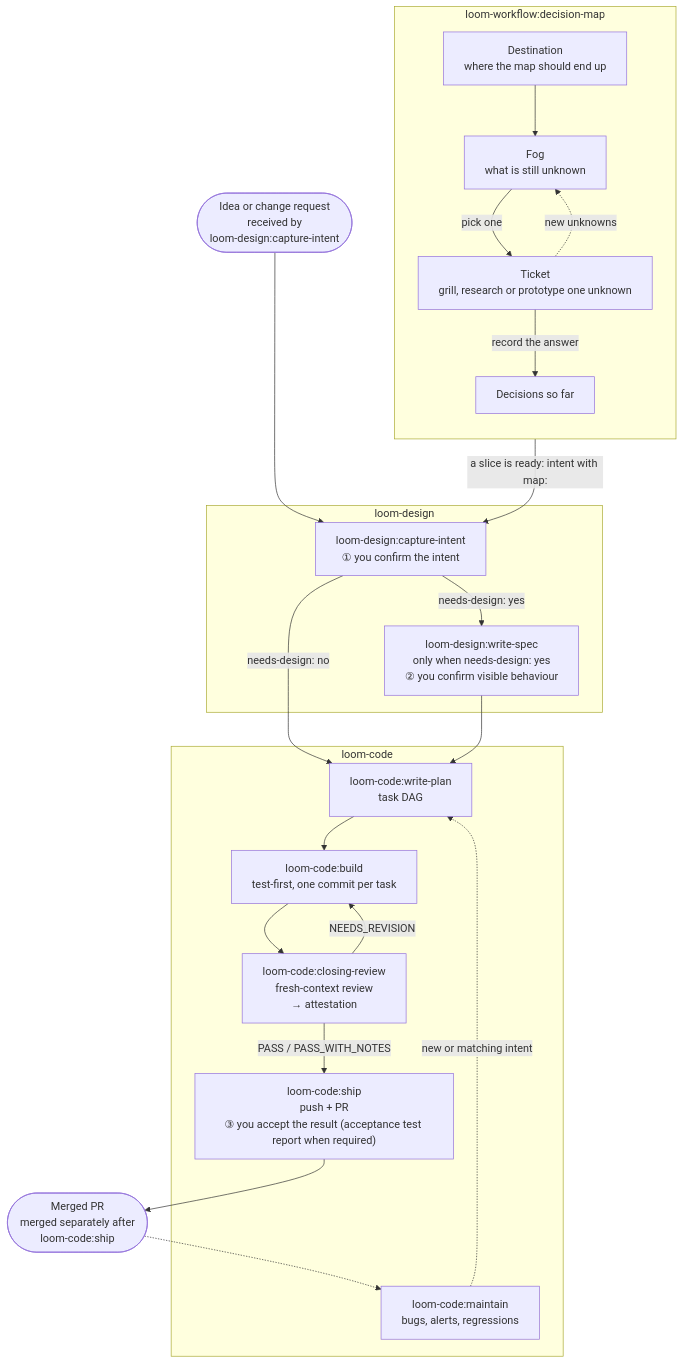
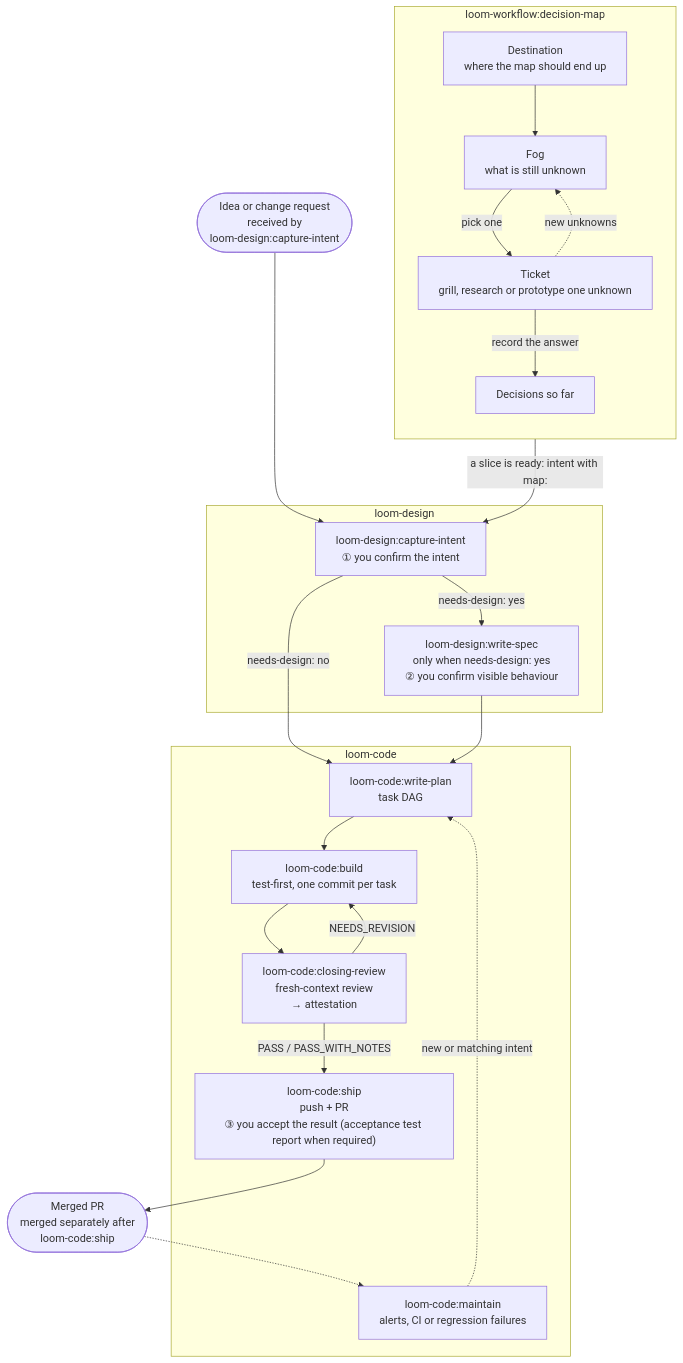
One commit to kouko/loom-plugins changed the diagram in README.md. Above: the diagram before and after it, drawn with Mermaid. The commit also changed other lines of this file and 46 other files, not shown here.

````diff
--- a/README.md
+++ b/README.md
@@ -25,46 +25,46 @@
 ```mermaid
 %%{init: {"flowchart": {"wrappingWidth": 320}}}%%
 flowchart TD
     idea(["Idea or change request<br/>received by<br/>loom-design:capture-intent"])
 
     subgraph dm["loom-workflow:decision-map"]
         direction TB
         dest["Destination<br/>where the map should end up"]
         fog["Fog<br/>what is still unknown"]
         ticket["Ticket<br/>grill, research or prototype one unknown"]
         log["Decisions so far"]
     end
 
     subgraph design["loom-design"]
         intent["loom-design:capture-intent<br/>① you confirm the intent"]
         spec["loom-design:write-spec<br/>only when needs-design: yes<br/>② you confirm visible behaviour"]
     end
 
     subgraph code["loom-code"]
         plan["loom-code:write-plan<br/>task DAG"]
         build["loom-code:build<br/>test-first, one commit per task"]
         review["loom-code:closing-review<br/>fresh-context review<br/>→ attestation"]
         ship["loom-code:ship<br/>push + PR<br/>③ you accept the result (acceptance test report when required)"]
-        maintain["loom-code:maintain<br/>bugs, alerts, regressions"]
+        maintain["loom-code:maintain<br/>alerts, CI or regression failures"]
     end
 
     merged(["Merged PR<br/>merged separately after<br/>loom-code:ship"])
 
     idea --> intent
     intent -->|"needs-design: yes"| spec
     intent -->|"needs-design: no"| plan
     spec --> plan
     plan --> build
     build --> review
     review -->|"NEEDS_REVISION"| build
     review -->|"PASS / PASS_WITH_NOTES"| ship
     ship --> merged
     merged -.-> maintain
     maintain -.->|"new or matching intent"| plan
 
     dest --> fog
     fog -->|"pick one"| ticket
     ticket -->|"record the answer"| log
     ticket -.->|"new unknowns"| fog
     dm -->|"a slice is ready: intent with map:"| intent
 ```
````
